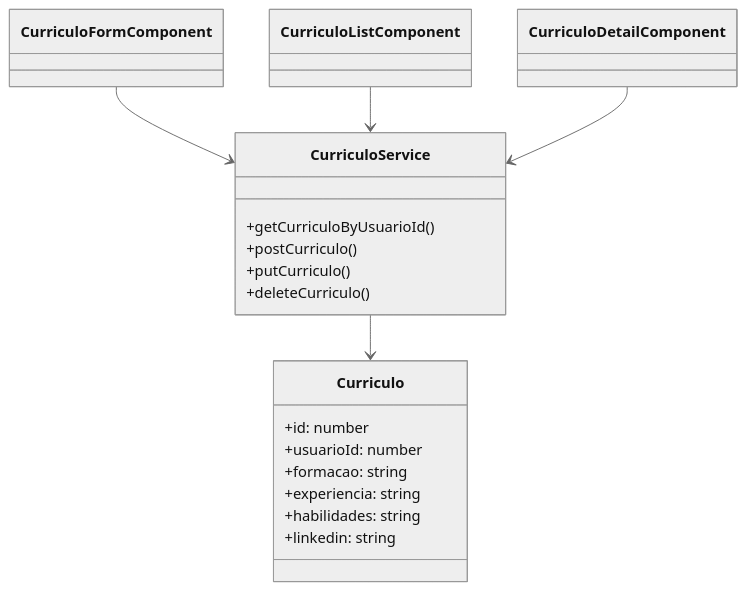
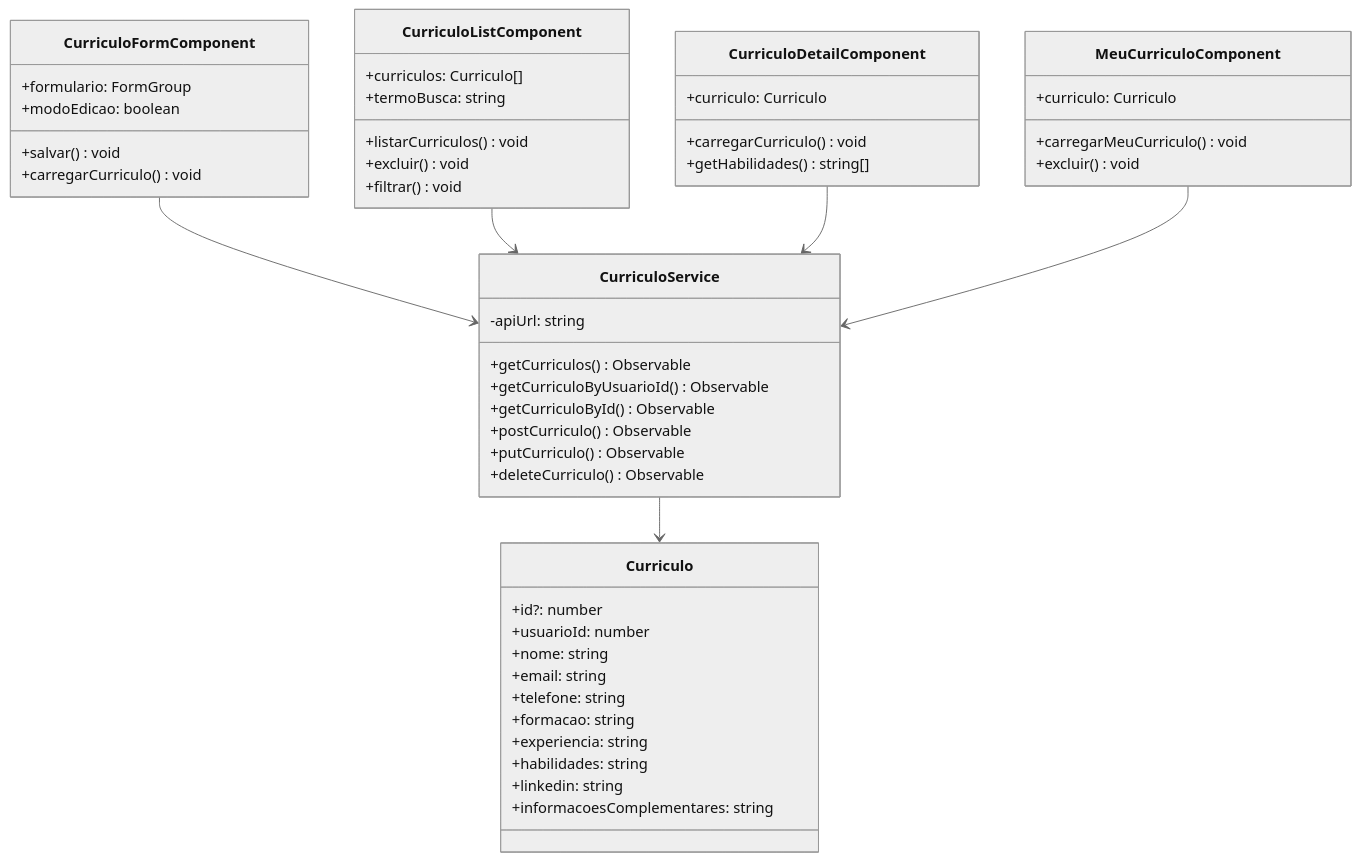
One commit to Hope0013/Projeto_RH changed the third of 4 diagrams in README.md. Above: the diagram before and after it, drawn with Mermaid (neutral theme). The commit also changed other lines of this file and 23 other files, not shown here.

````diff
--- a/README.md
+++ b/README.md
@@ -253,29 +249,61 @@
 ```mermaid
 classDiagram
 
 class Curriculo {
-  +id: number
+  +id?: number
   +usuarioId: number
+  +nome: string
+  +email: string
+  +telefone: string
   +formacao: string
   +experiencia: string
   +habilidades: string
   +linkedin: string
+  +informacoesComplementares: string
 }
 
 class CurriculoService {
-  +getCurriculoByUsuarioId()
-  +postCurriculo()
-  +putCurriculo()
-  +deleteCurriculo()
+  -apiUrl: string
+  +getCurriculos() Observable
+  +getCurriculoByUsuarioId() Observable
+  +getCurriculoById() Observable
+  +postCurriculo() Observable
+  +putCurriculo() Observable
+  +deleteCurriculo() Observable
 }
 
-class CurriculoFormComponent
-class CurriculoListComponent
-class CurriculoDetailComponent
+class CurriculoFormComponent {
+  +formulario: FormGroup
+  +modoEdicao: boolean
+  +salvar() void
+  +carregarCurriculo() void
+}
+
+class CurriculoListComponent {
+  +curriculos: Curriculo[]
+  +termoBusca: string
+  +listarCurriculos() void
+  +excluir() void
+  +filtrar() void
+}
+
+class CurriculoDetailComponent {
+  +curriculo: Curriculo
+  +carregarCurriculo() void
+  +getHabilidades() string[]
+}
+
+class MeuCurriculoComponent {
+  +curriculo: Curriculo
+  +carregarMeuCurriculo() void
+  +excluir() void
+}
 
 CurriculoFormComponent --> CurriculoService
 CurriculoListComponent --> CurriculoService
 CurriculoDetailComponent --> CurriculoService
+MeuCurriculoComponent --> CurriculoService
 
 CurriculoService --> Curriculo
+
 ```
````
